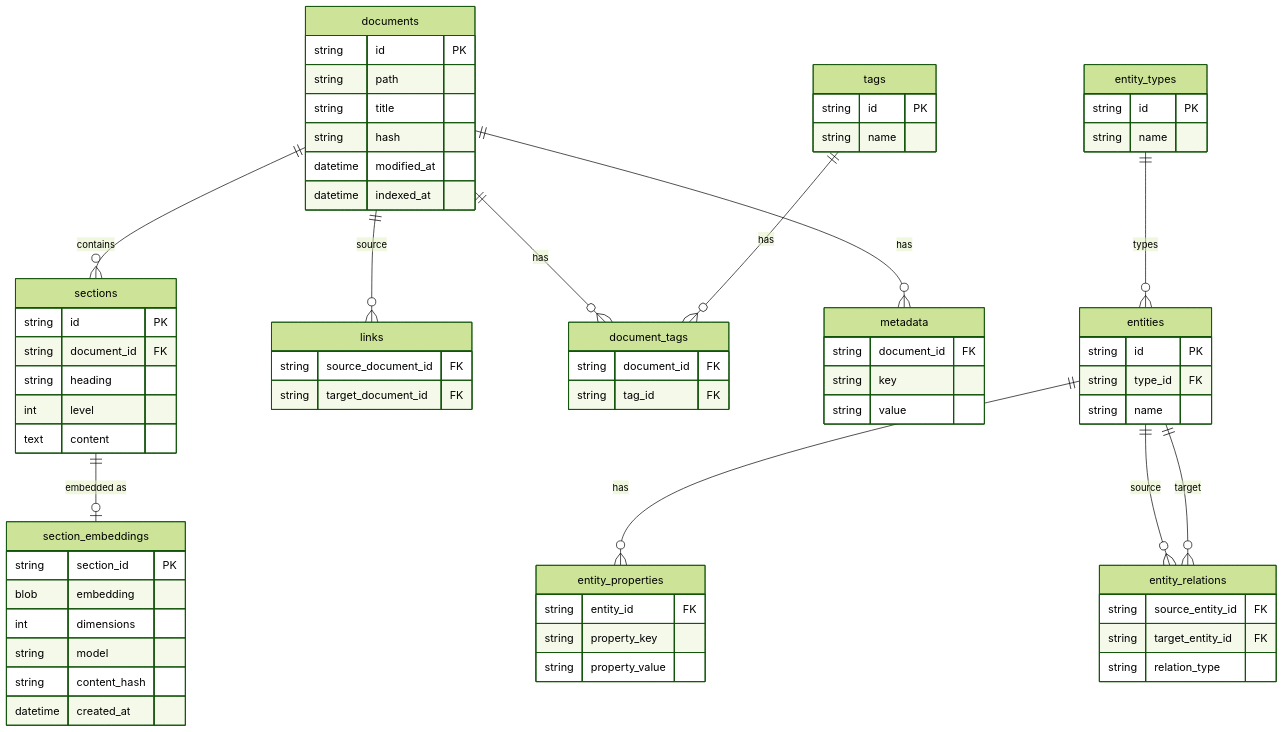
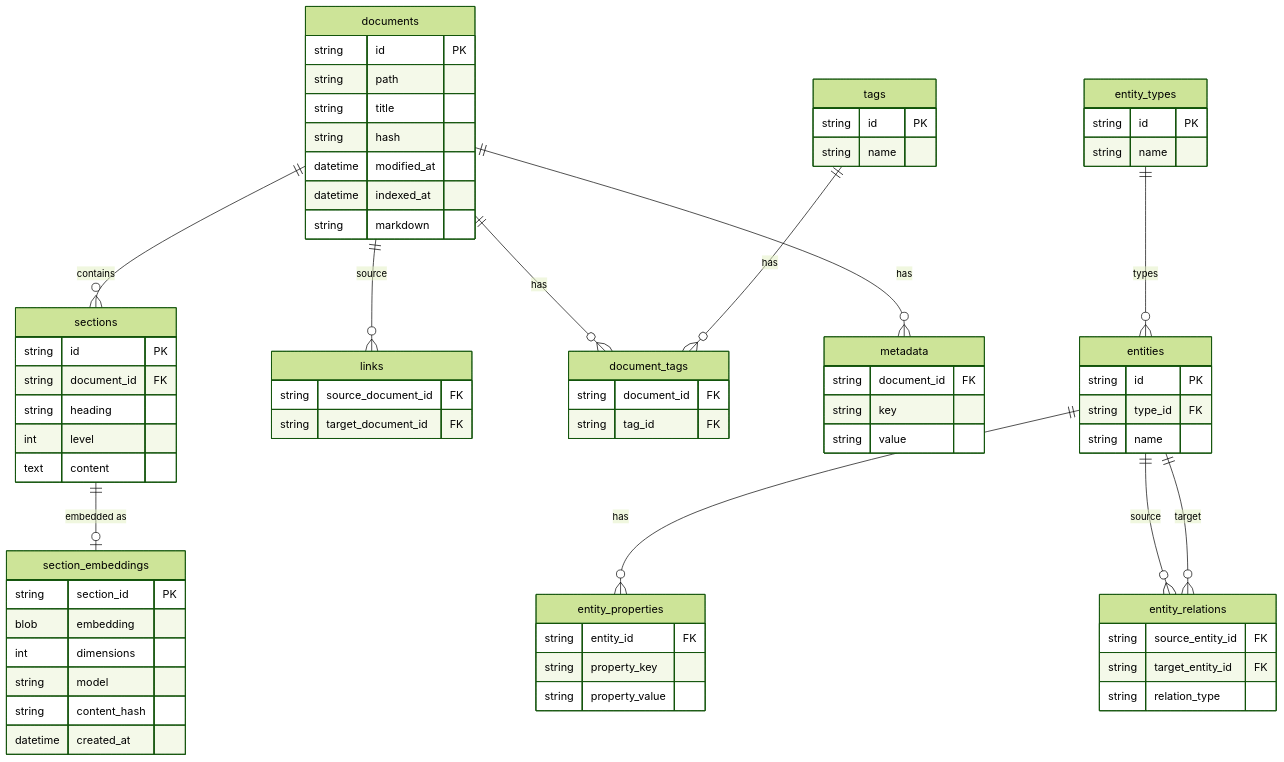
Before and after one commit to Zheng-Bote/md_indexer-searcher: the first of 2 diagrams in README.md, drawn with Mermaid (forest theme). The commit also changed other lines of this file and 28 other files, not shown here.

````diff
--- a/README.md
+++ b/README.md
@@ -22,74 +22,75 @@
 ```mermaid
 erDiagram
     documents ||--o{ sections : "contains"
     sections ||--o| section_embeddings : "embedded as"
     documents ||--o{ links : "source"
     documents ||--o{ document_tags : "has"
     tags ||--o{ document_tags : "has"
     documents ||--o{ metadata : "has"
     
     entity_types ||--o{ entities : "types"
     entities ||--o{ entity_properties : "has"
     entities ||--o{ entity_relations : "source"
     entities ||--o{ entity_relations : "target"
 
     documents {
         string id PK
         string path
         string title
         string hash
         datetime modified_at
         datetime indexed_at
+        string markdown
     }
     sections {
         string id PK
         string document_id FK
         string heading
         int level
         text content
     }
     section_embeddings {
         string section_id PK
         blob embedding
         int dimensions
         string model
         string content_hash
         datetime created_at
     }
     links {
         string source_document_id FK
         string target_document_id FK
     }
     tags {
         string id PK
         string name
     }
     document_tags {
         string document_id FK
         string tag_id FK
     }
     metadata {
         string document_id FK
         string key
         string value
     }
     entity_types {
         string id PK
         string name
     }
     entities {
         string id PK
         string type_id FK
         string name
     }
     entity_properties {
         string entity_id FK
         string property_key
         string property_value
     }
     entity_relations {
         string source_entity_id FK
         string target_entity_id FK
         string relation_type
     }
 ```
````
